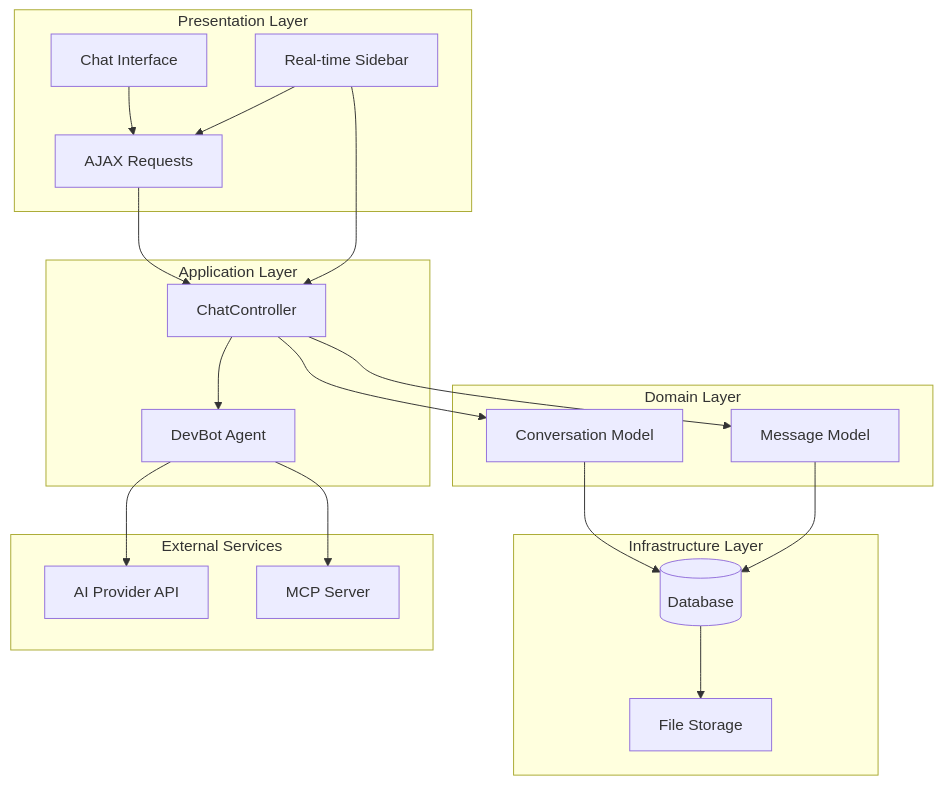
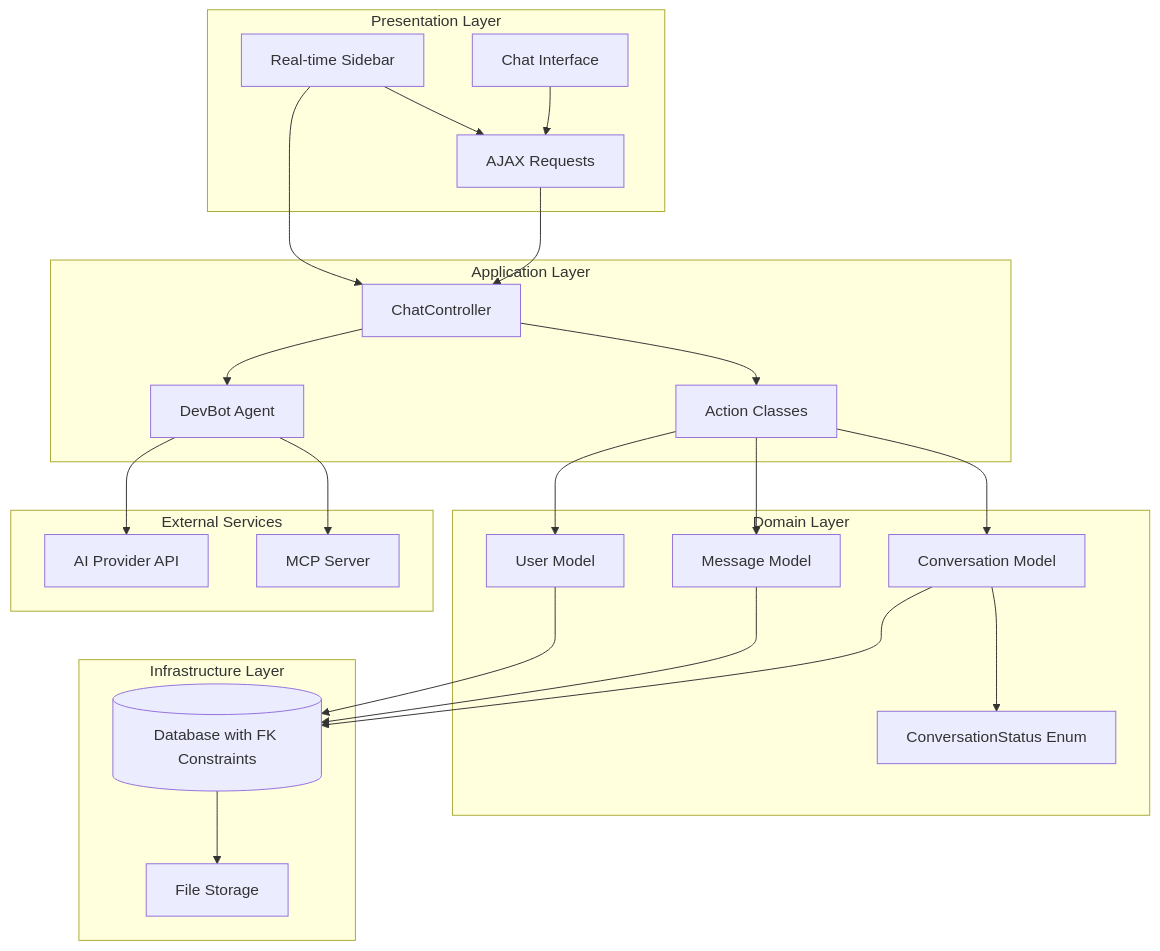
The first of 8 diagrams in .qoder/repowiki/en/content/Database and Data Management/Conversation Persistence System.md (siimliimand/laravel-assistant), drawn with Mermaid before and after one commit. The commit also changed other lines of this file and 5 other files, not shown here.

````diff
--- a/.qoder/repowiki/en/content/Database and Data Management/Conversation Persistence System.md
+++ b/.qoder/repowiki/en/content/Database and Data Management/Conversation Persistence System.md
@@ -55,36 +64,43 @@
 ```mermaid
 graph TB
 subgraph "Presentation Layer"
 UI[Chat Interface]
 AJAX[AJAX Requests]
 Sidebar[Real-time Sidebar]
 end
 subgraph "Application Layer"
 Controller[ChatController]
+Actions[Action Classes]
 Agent[DevBot Agent]
 end
 subgraph "Domain Layer"
 ConversationModel[Conversation Model]
 MessageModel[Message Model]
+UserModel[User Model]
+StatusEnum[ConversationStatus Enum]
 end
 subgraph "Infrastructure Layer"
-DB[(Database)]
+DB[(Database with FK Constraints)]
 Storage[File Storage]
 end
 subgraph "External Services"
 AI[AI Provider API]
 MCP[MCP Server]
 end
 UI --> AJAX
 AJAX --> Controller
-Controller --> ConversationModel
-Controller --> MessageModel
+Controller --> Actions
+Actions --> ConversationModel
+Actions --> MessageModel
+Actions --> UserModel
+ConversationModel --> StatusEnum
 Controller --> Agent
 Agent --> AI
 Agent --> MCP
 ConversationModel --> DB
 MessageModel --> DB
+UserModel --> DB
 DB --> Storage
 Sidebar --> AJAX
 Sidebar --> Controller
 ```
````
